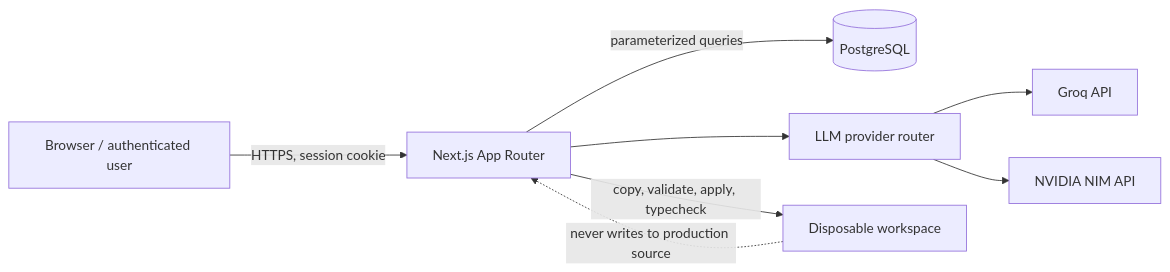
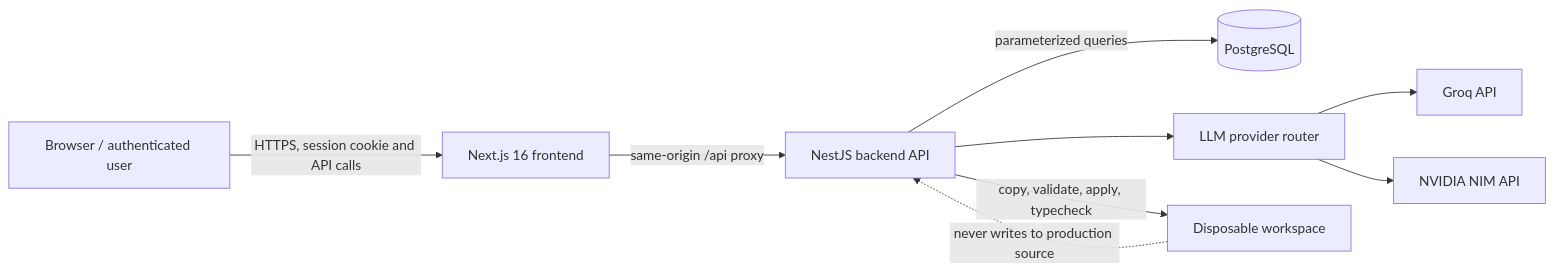
The first of 3 diagrams in docs/architecture.md (venturaproject/agents-orchestrator), drawn with Mermaid before and after one commit. The commit also changed other lines of this file and 126 other files, not shown here.

Commit message:
Migrate backend APIs to NestJS

````diff
--- a/docs/architecture.md
+++ b/docs/architecture.md
@@ -7,18 +14,20 @@
 ```mermaid
 flowchart LR
     Browser[Browser / authenticated user]
-    Web[Next.js App Router]
+    Web[Next.js 16 frontend]
+    Nest[NestJS backend API]
     DB[(PostgreSQL)]
     Router[LLM provider router]
     Groq[Groq API]
     NVIDIA[NVIDIA NIM API]
     WS[Disposable workspace]
 
-    Browser -->|HTTPS, session cookie| Web
-    Web -->|parameterized queries| DB
-    Web --> Router
+    Browser -->|HTTPS, session cookie and API calls| Web
+    Web -->|same-origin /api proxy| Nest
+    Nest -->|parameterized queries| DB
+    Nest --> Router
     Router --> Groq
     Router --> NVIDIA
-    Web -->|copy, validate, apply, typecheck| WS
-    WS -. never writes to production source .-> Web
+    Nest -->|copy, validate, apply, typecheck| WS
+    WS -. never writes to production source .-> Nest
 ```
````
